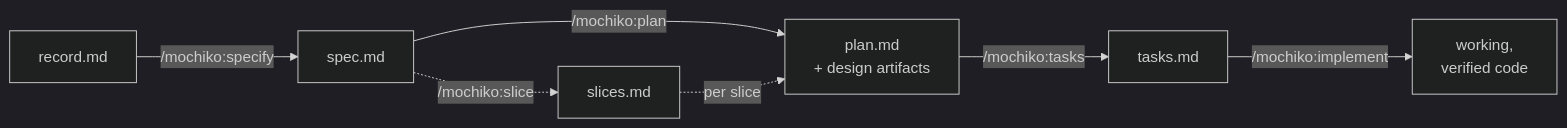
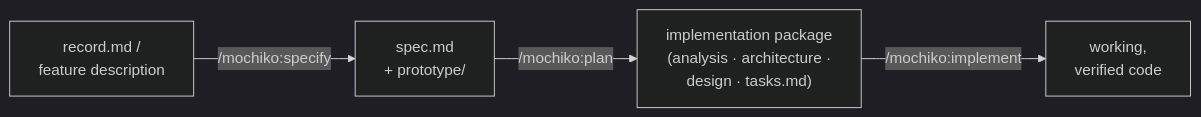
One commit to humaninloop-dev/mochiko changed the second of 3 diagrams in README.md. Above: the diagram before and after it, drawn with Mermaid (dark theme). The commit also changed other lines of this file, not shown here.

````diff
--- a/README.md
+++ b/README.md
@@ -51,9 +48,6 @@
 ```mermaid
 flowchart LR
-    R["record.md"] -- "/mochiko:specify" --> S["spec.md"]
-    S -- "/mochiko:plan" --> P["plan.md<br/>+ design artifacts"]
-    S -. "/mochiko:slice" .-> SL["slices.md"]
-    SL -. "per slice" .-> P
-    P -- "/mochiko:tasks" --> T["tasks.md"]
-    T -- "/mochiko:implement" --> C["working,<br/>verified code"]
+    R["record.md /<br/>feature description"] -- "/mochiko:specify" --> S["spec.md<br/>+ prototype/"]
+    S -- "/mochiko:plan" --> P["implementation package<br/>(analysis · architecture ·<br/>design · tasks.md)"]
+    P -- "/mochiko:implement" --> C["working,<br/>verified code"]
 ```
````
